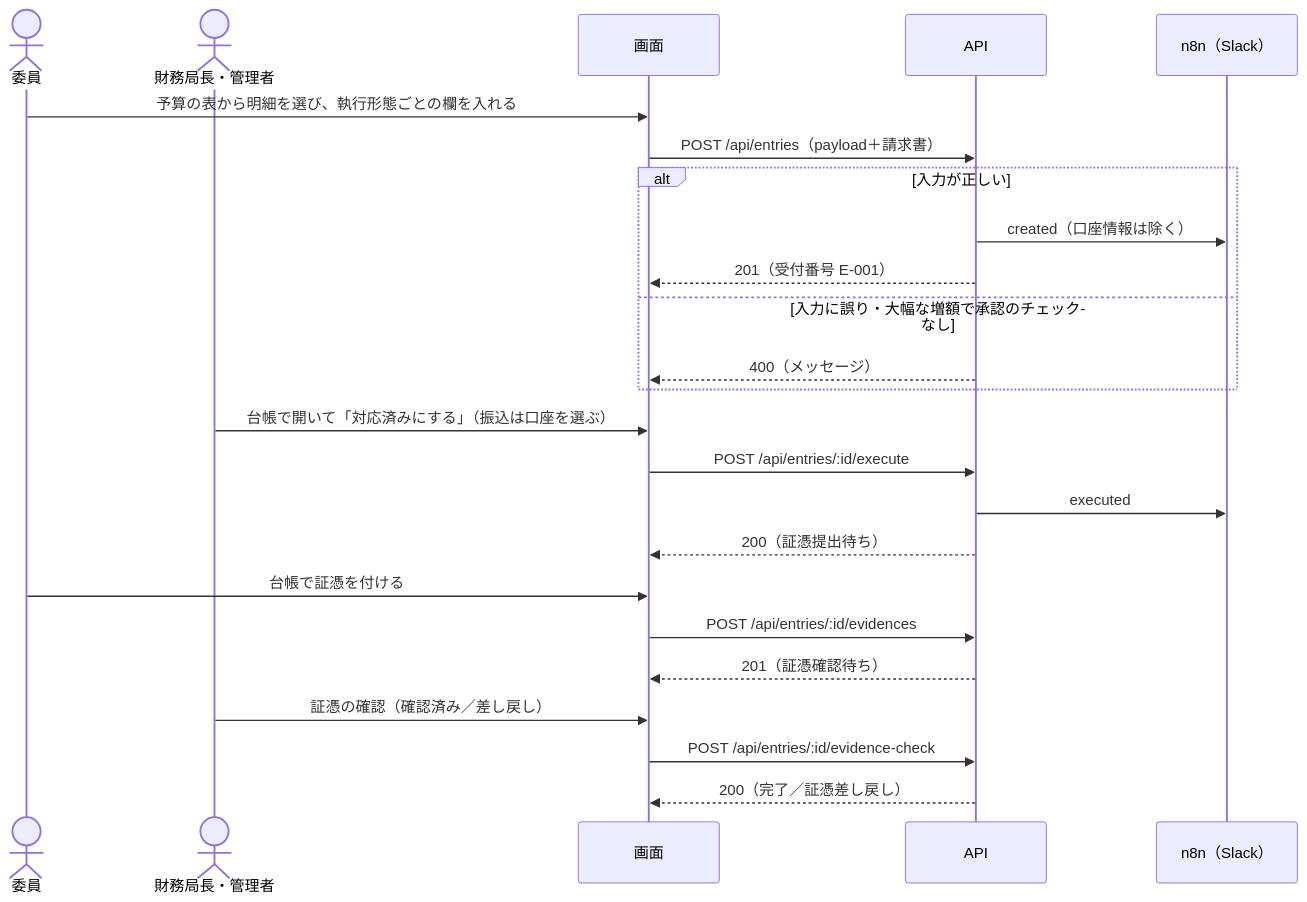
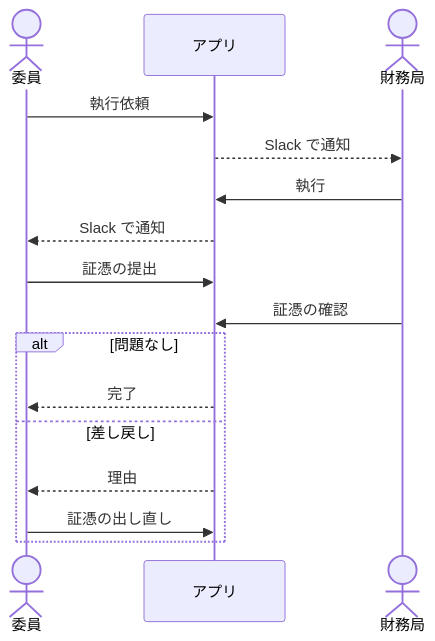
The second of 18 diagrams in docs/仕様書.md (Kota-Ohira17/expenditure), drawn with Mermaid before and after one commit. The commit also changed other lines of this file, not shown here.

Commit message:
仕様書のMermaid図を短く描き直す

````diff
--- a/docs/仕様書.md
+++ b/docs/仕様書.md
@@ -170,26 +164,18 @@
 ```mermaid
 sequenceDiagram
     actor U as 委員
-    actor Z as 財務局長・管理者
-    participant A as 画面
-    participant B as API
-    participant N as n8n（Slack）
-    U->>A: 予算の表から明細を選び、執行形態ごとの欄を入れる
-    A->>B: POST /api/entries（payload＋請求書）
-    alt 入力が正しい
-        B->>N: created（口座情報は除く）
-        B-->>A: 201（受付番号 E-001）
-    else 入力に誤り・大幅な増額で承認のチェックなし
-        B-->>A: 400（メッセージ）
+    participant S as アプリ
+    actor Z as 財務局
+    U->>S: 執行依頼
+    S-->>Z: Slack で通知
+    Z->>S: 執行
+    S-->>U: Slack で通知
+    U->>S: 証憑の提出
+    Z->>S: 証憑の確認
+    alt 問題なし
+        S-->>U: 完了
+    else 差し戻し
+        S-->>U: 理由
+        U->>S: 証憑の出し直し
     end
-    Z->>A: 台帳で開いて「対応済みにする」（振込は口座を選ぶ）
-    A->>B: POST /api/entries/:id/execute
-    B->>N: executed
-    B-->>A: 200（証憑提出待ち）
-    U->>A: 台帳で証憑を付ける
-    A->>B: POST /api/entries/:id/evidences
-    B-->>A: 201（証憑確認待ち）
-    Z->>A: 証憑の確認（確認済み／差し戻し）
-    A->>B: POST /api/entries/:id/evidence-check
-    B-->>A: 200（完了／証憑差し戻し）
 ```
````
